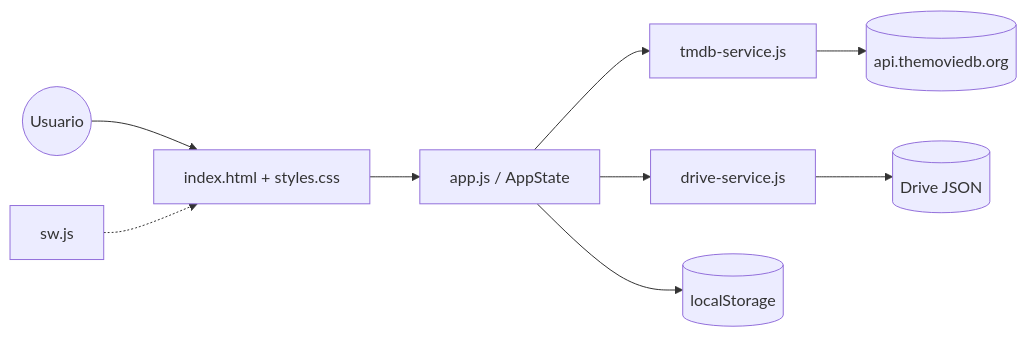
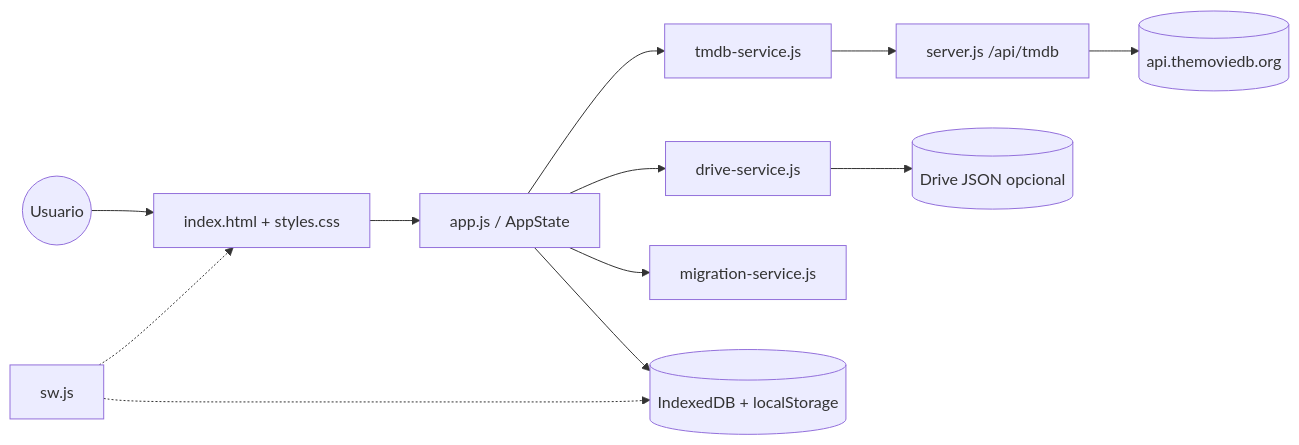
One commit to mruiz087/SeenIt changed the first of 2 diagrams in docs/01-vision-y-arquitectura.md. Above: the diagram before and after it, drawn with Mermaid. The commit also changed other lines of this file and 23 other files, not shown here.

````diff
--- a/docs/01-vision-y-arquitectura.md
+++ b/docs/01-vision-y-arquitectura.md
@@ -25,11 +25,14 @@
 ```mermaid
 flowchart LR
   User((Usuario)) --> Shell[index.html + styles.css]
   Shell --> App[app.js / AppState]
   App --> TMDB[tmdb-service.js]
   App --> Drive[drive-service.js]
-  App --> LS[(localStorage)]
-  Drive --> GDrive[(Drive JSON)]
-  TMDB --> API[(api.themoviedb.org)]
+  App --> Mig[migration-service.js]
+  App --> IDB[(IndexedDB + localStorage)]
+  TMDB --> Srv[server.js /api/tmdb]
+  Srv --> API[(api.themoviedb.org)]
+  Drive --> GDrive[(Drive JSON opcional)]
   SW[sw.js] -.-> Shell
+  SW -.-> IDB
 ```
````
